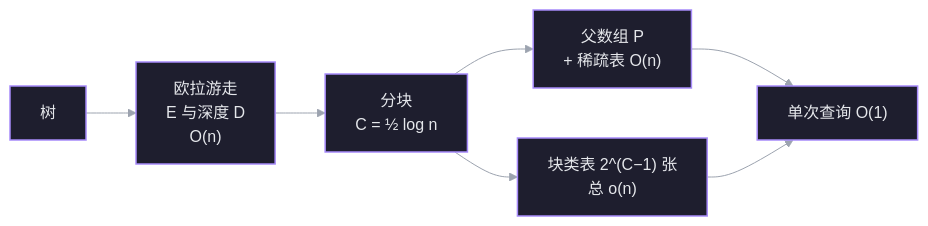
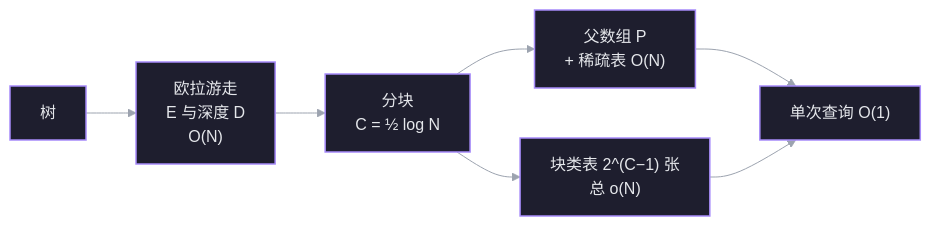
Before and after one commit to Korotomx/STD: the fourth of 4 diagrams in Artificial_Intelligence/ALGO/STDY/A01 最低公共祖先 LCA.md, drawn with Mermaid. The commit also changed other lines of this file and 2 other files, not shown here.

````diff
--- a/Artificial_Intelligence/ALGO/STDY/A01 最低公共祖先 LCA.md
+++ b/Artificial_Intelligence/ALGO/STDY/A01 最低公共祖先 LCA.md
@@ -460,12 +460,12 @@
 ```mermaid
 %%{init: {'theme':'base','themeCSS':'.nodeLabel{color:#E5E7EB!important;fill:#E5E7EB!important}.edgeLabel p{background-color:#131312!important}.edgeLabel{color:#E5E7EB!important}svg{background:transparent!important}','themeVariables':{'primaryColor':'#1E1E2E','primaryTextColor':'#E5E7EB','primaryBorderColor':'#A78BFA','lineColor':'#9CA3AF','mainBkg':'#1E1E2E','nodeBorder':'#A78BFA','clusterBkg':'#131312','edgeLabelBackground':'#131312','fontFamily':'Noto Sans CJK SC, sans-serif'}}}%%
 flowchart LR
-    T["树"] --> E["欧拉游走<br/>E 与深度 D<br/>O(n)"]
-    E --> CH["分块<br/>C = ½ log n"]
-    CH --> P["父数组 P<br/>+ 稀疏表 O(n)"]
-    CH --> CL["块类表 2^(C−1) 张<br/>总 o(n)"]
+    T["树"] --> E["欧拉游走<br/>E 与深度 D<br/>O(N)"]
+    E --> CH["分块<br/>C = ½ log N"]
+    CH --> P["父数组 P<br/>+ 稀疏表 O(N)"]
+    CH --> CL["块类表 2^(C−1) 张<br/>总 o(N)"]
     P --> Q["单次查询 O(1)"]
     CL --> Q
 classDef default fill:#1E1E2E,stroke:#A78BFA,stroke-width:1.5px,color:#E5E7EB
 linkStyle default stroke:#9CA3AF
 ```
````
